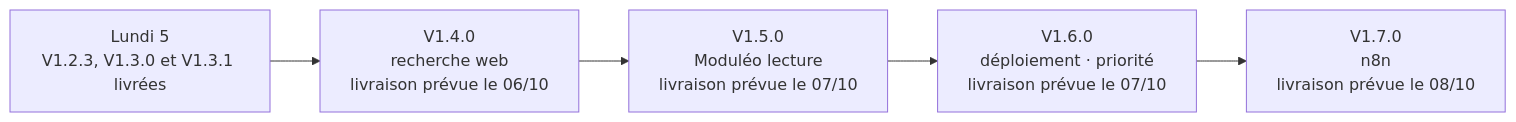
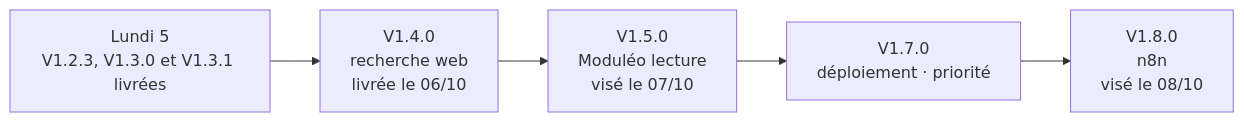
The second of 2 diagrams in README.md (UlyssouLV/BBASS-Agents-IA), drawn with Mermaid before and after one commit. The commit also changed other lines of this file and 2 other files, not shown here.

````diff
--- a/README.md
+++ b/README.md
@@ -37,7 +38,7 @@
 ```mermaid
 flowchart LR
-  L05["Lundi 5<br/>V1.2.3, V1.3.0 et V1.3.1 livrées"] --> V140["V1.4.0<br/>recherche web<br/>livraison prévue le 06/10"]
-  V140 --> V150["V1.5.0<br/>Moduléo lecture<br/>livraison prévue le 07/10"]
-  V150 --> V160["V1.6.0<br/>déploiement · priorité<br/>livraison prévue le 07/10"]
-  V160 --> V170["V1.7.0<br/>n8n<br/>livraison prévue le 08/10"]
+  L05["Lundi 5<br/>V1.2.3, V1.3.0 et V1.3.1 livrées"] --> V140["V1.4.0<br/>recherche web<br/>livrée le 06/10"]
+  V140 --> V150["V1.5.0<br/>Moduléo lecture<br/>visé le 07/10"]
+  V150 --> V170["V1.7.0<br/>déploiement · priorité"]
+  V170 --> V180["V1.8.0<br/>n8n<br/>visé le 08/10"]
 ```
````
